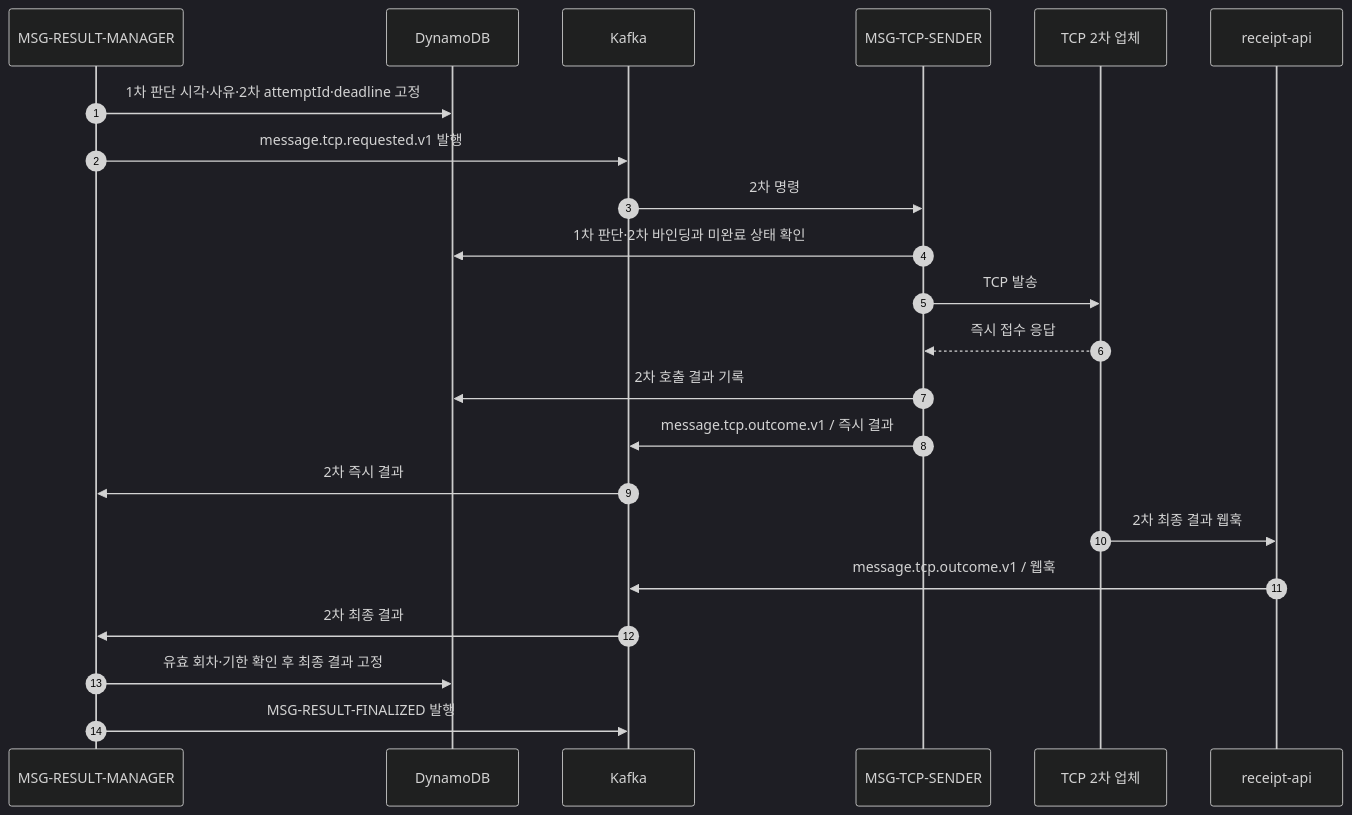
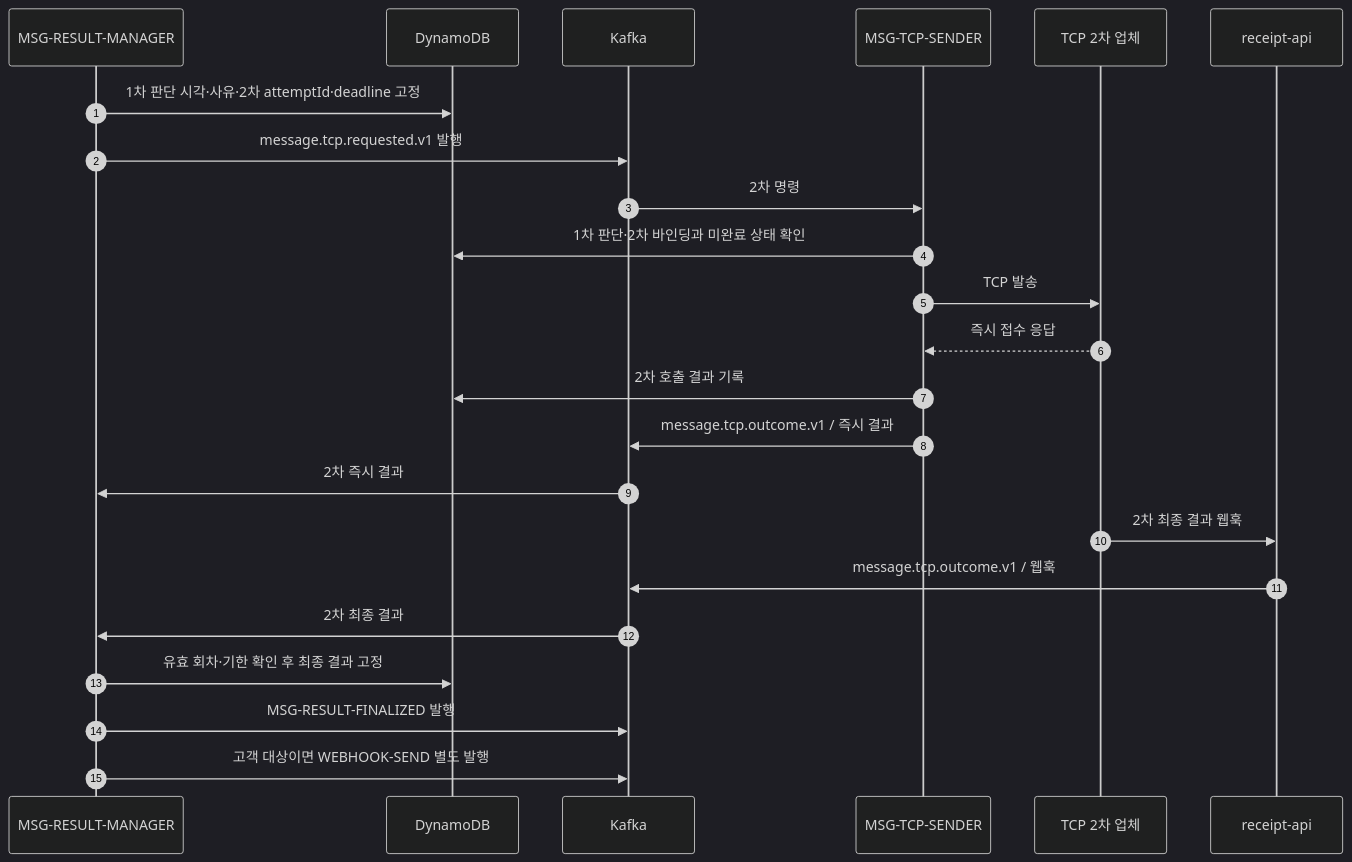
The ninth of 10 diagrams in docs/53-신규-메시지-케이스별-Call-Flow.md (hyun-seung/High-throughput-event-platform), drawn with Mermaid (dark theme) before and after one commit. The commit also changed other lines of this file and 3 other files, not shown here.

````diff
--- a/docs/53-신규-메시지-케이스별-Call-Flow.md
+++ b/docs/53-신규-메시지-케이스별-Call-Flow.md
@@ -315,24 +320,25 @@
 ```mermaid
 sequenceDiagram
     autonumber
     participant M as MSG-RESULT-MANAGER
     participant D as DynamoDB
     participant K as Kafka
     participant T as MSG-TCP-SENDER
     participant P as TCP 2차 업체
     participant W as receipt-api
     M->>D: 1차 판단 시각·사유·2차 attemptId·deadline 고정
     M->>K: message.tcp.requested.v1 발행
     K->>T: 2차 명령
     T->>D: 1차 판단·2차 바인딩과 미완료 상태 확인
     T->>P: TCP 발송
     P-->>T: 즉시 접수 응답
     T->>D: 2차 호출 결과 기록
     T->>K: message.tcp.outcome.v1 / 즉시 결과
     K->>M: 2차 즉시 결과
     P->>W: 2차 최종 결과 웹훅
     W->>K: message.tcp.outcome.v1 / 웹훅
     K->>M: 2차 최종 결과
     M->>D: 유효 회차·기한 확인 후 최종 결과 고정
     M->>K: MSG-RESULT-FINALIZED 발행
+    M->>K: 고객 대상이면 WEBHOOK-SEND 별도 발행
 ```
````
